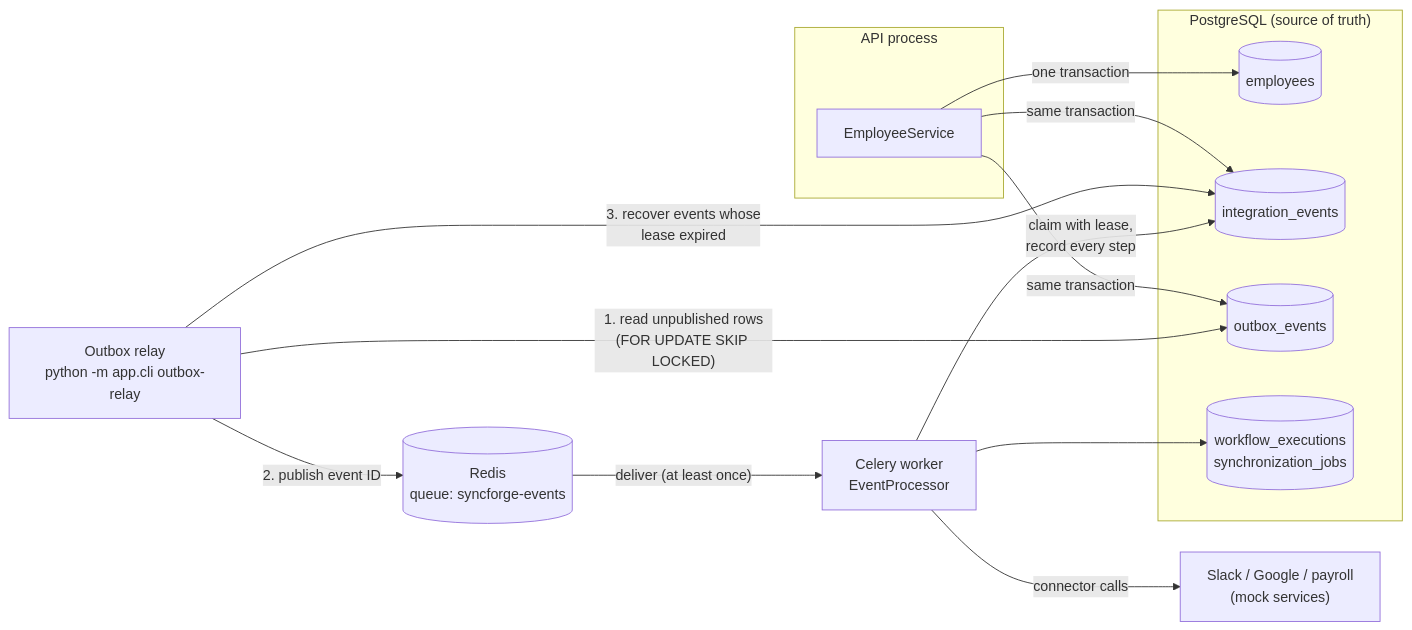
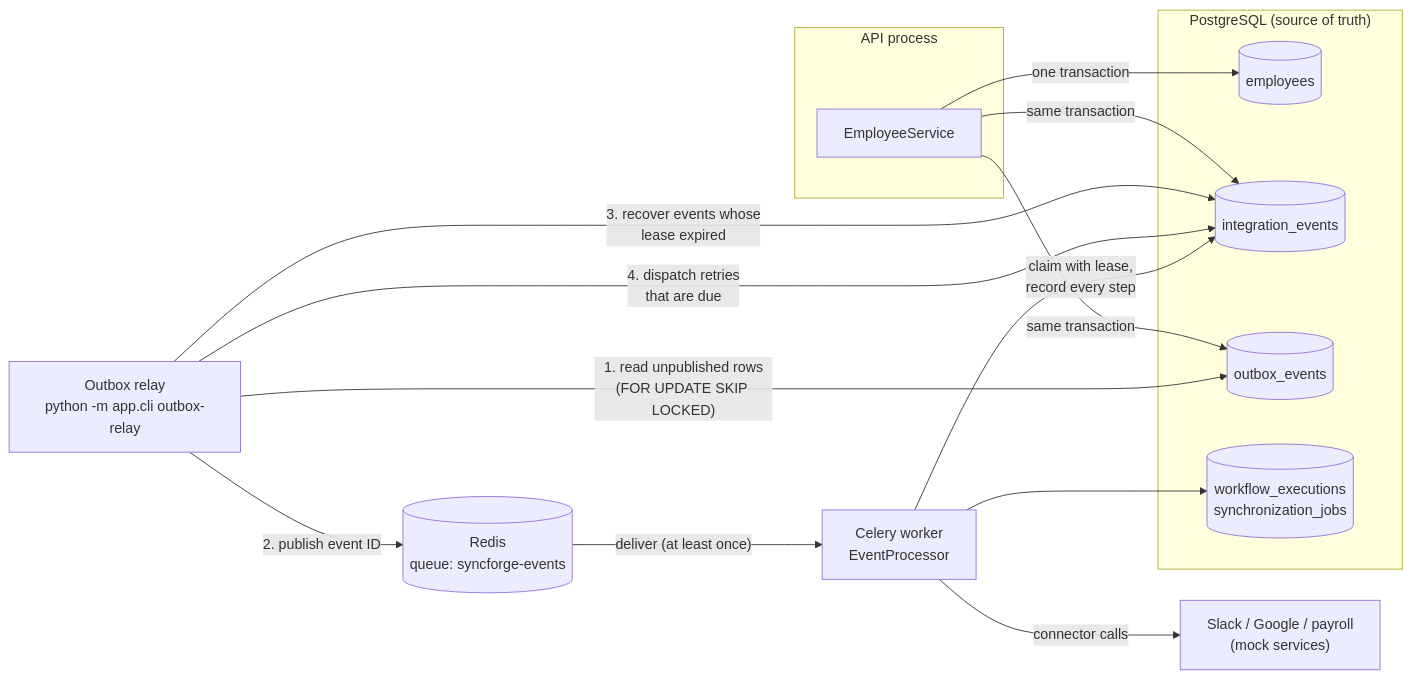
Before and after one commit to praneeth-srikurmadasu/syncforge: the first of 3 diagrams in docs/09-event-driven-architecture.md, drawn with Mermaid. The commit also changed other lines of this file and 22 other files, not shown here.

````diff
--- a/docs/09-event-driven-architecture.md
+++ b/docs/09-event-driven-architecture.md
@@ -23,27 +25,28 @@
 ```mermaid
 flowchart LR
     subgraph api["API process"]
         svc["EmployeeService"]
     end
     subgraph db["PostgreSQL (source of truth)"]
         emp[("employees")]
         ev[("integration_events")]
         ob[("outbox_events")]
         ex[("workflow_executions<br/>synchronization_jobs")]
     end
     relay["Outbox relay<br/>python -m app.cli outbox-relay"]
     redis[("Redis<br/>queue: syncforge-events")]
     worker["Celery worker<br/>EventProcessor"]
     apps["Slack / Google / payroll<br/>(mock services)"]
 
     svc -- "one transaction" --> emp
     svc -- "same transaction" --> ev
     svc -- "same transaction" --> ob
     relay -- "1. read unpublished rows<br/>(FOR UPDATE SKIP LOCKED)" --> ob
     relay -- "2. publish event ID" --> redis
     relay -- "3. recover events whose<br/>lease expired" --> ev
+    relay -- "4. dispatch retries<br/>that are due" --> ev
     redis -- "deliver (at least once)" --> worker
     worker -- "claim with lease,<br/>record every step" --> ev
     worker --> ex
     worker -- "connector calls" --> apps
 ```
````
